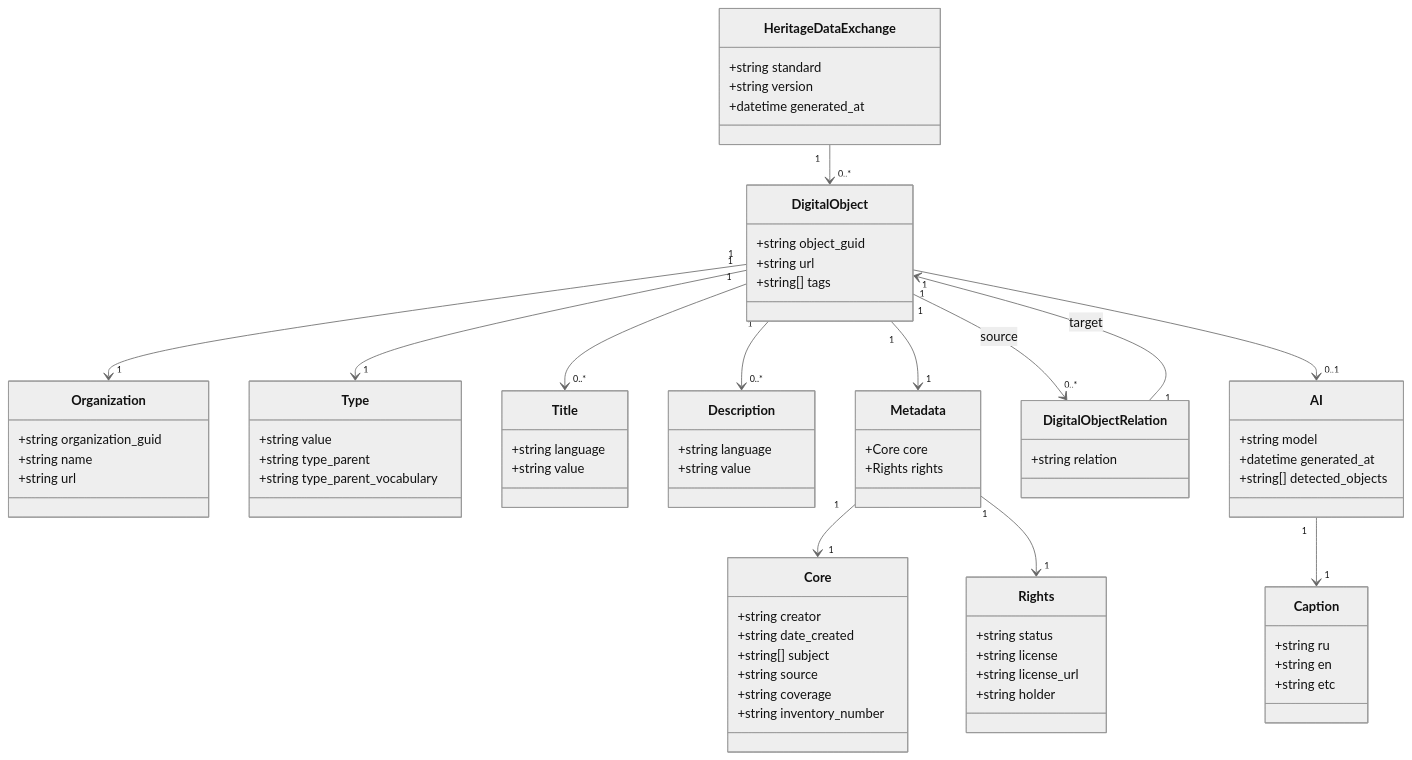
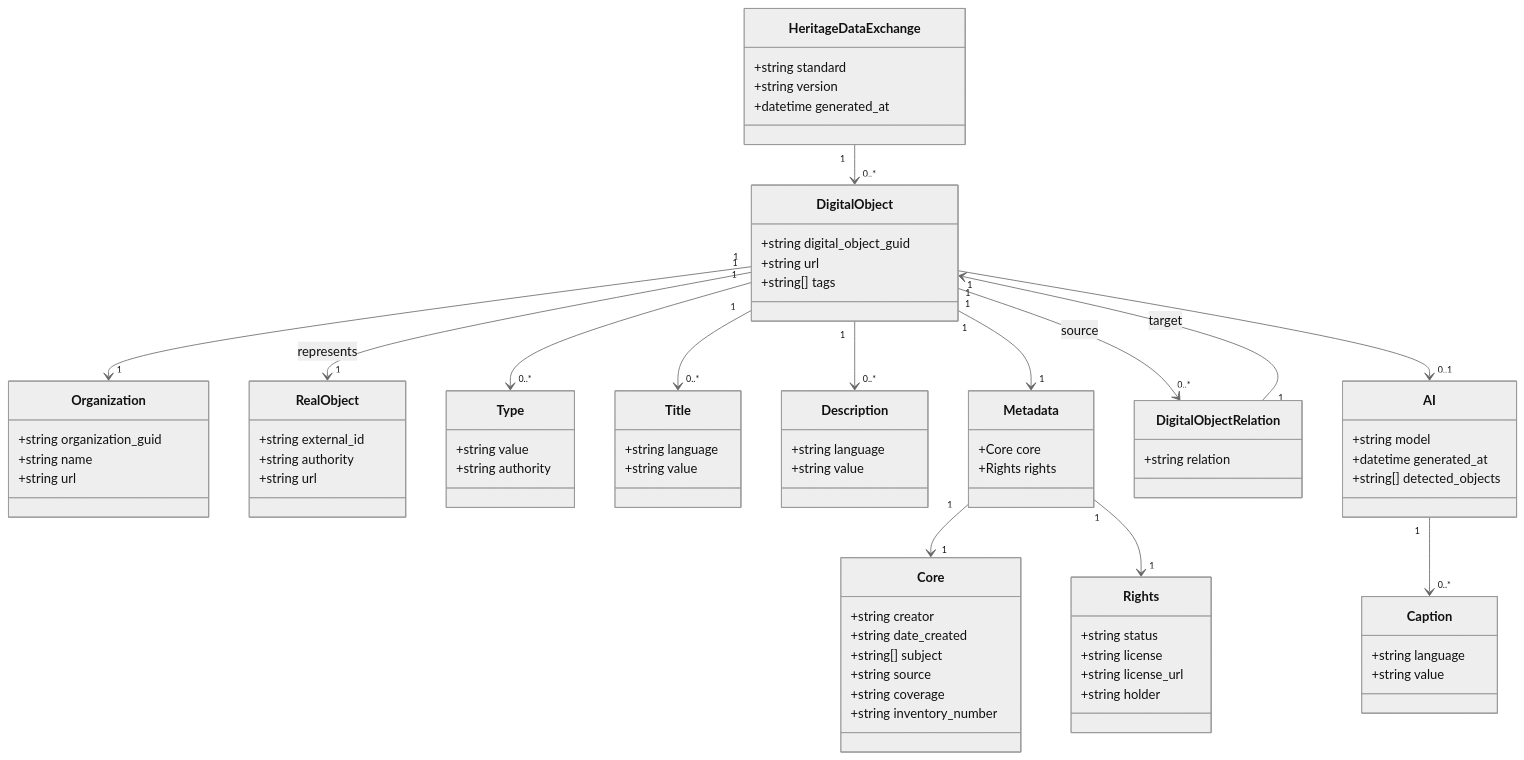
One commit to herzen-vis-lab/heritage-data-exchange changed the diagram in docs/ru-federated-cultural-ai-exchange.uml.md. Above: the diagram before and after it, drawn with Mermaid (neutral theme).

````diff
--- a/docs/ru-federated-cultural-ai-exchange.uml.md
+++ b/docs/ru-federated-cultural-ai-exchange.uml.md
@@ -14,16 +14,21 @@
     +string url
 }
 
+class RealObject {
+    +string external_id
+    +string authority
+    +string url
+}
+
 class DigitalObject {
-    +string object_guid
+    +string digital_object_guid
     +string url
     +string[] tags
 }
 
 class Type {
     +string value
-    +string type_parent
-    +string type_parent_vocabulary
+    +string authority
 }
 
 class Title {
@@ -68,26 +73,24 @@
 }
 
 class Caption {
-    +string ru
-    +string en
-    +string etc
+    +string language
+    +string value
 }
 
 %% Relationships
 
 HeritageDataExchange "1" --> "0..*" DigitalObject
 DigitalObject "1" --> "1" Organization
-DigitalObject "1" --> "1" Type
+DigitalObject "1" --> "0..*" Type
 DigitalObject "1" --> "1" Metadata
+Metadata "1" --> "1" Core
+Metadata "1" --> "1" Rights
 DigitalObject "1" --> "0..*" DigitalObjectRelation : source
+DigitalObject "1" --> "1" RealObject : represents
 DigitalObject "1" --> "0..1" AI
+AI "1" --> "0..*" Caption
 DigitalObject "1" --> "0..*"  Title
 DigitalObject "1" --> "0..*"  Description
-
-Metadata "1" --> "1" Core
-Metadata "1" --> "1" Rights
-
 DigitalObjectRelation "1" --> "1" DigitalObject : target
-AI "1" --> "1" Caption
 
 ```
````
